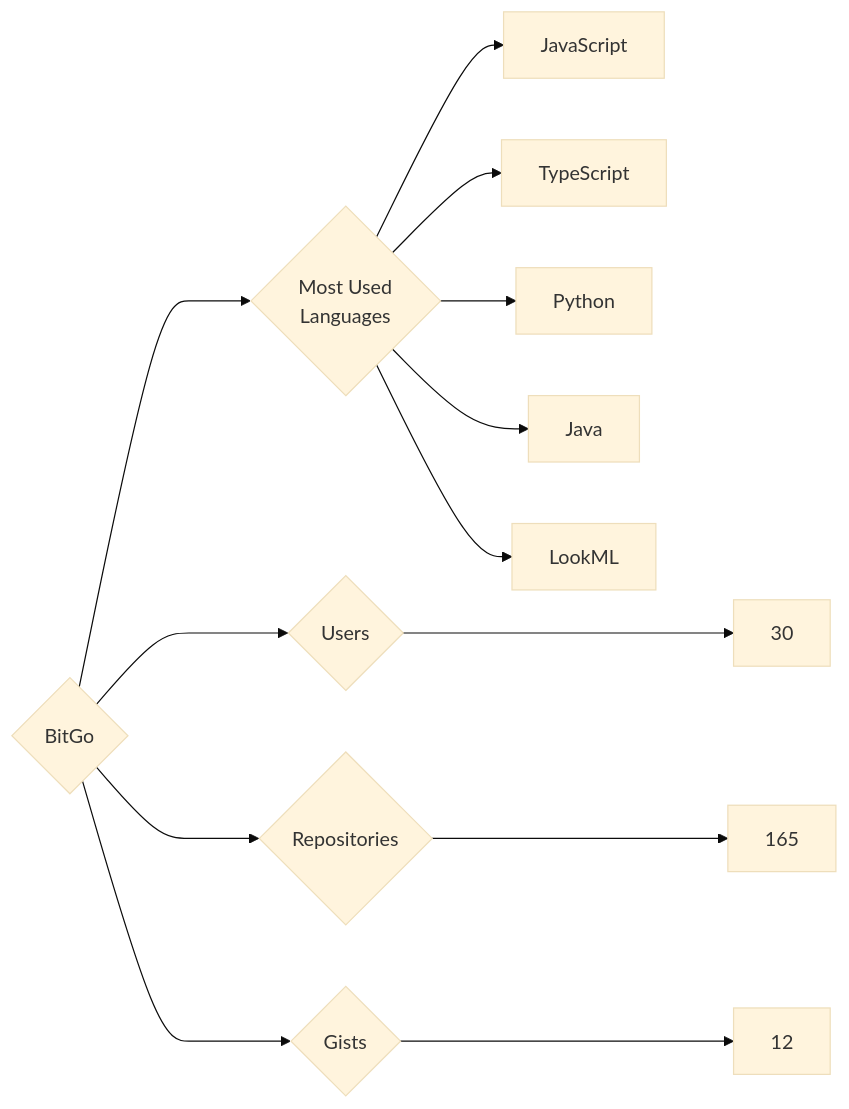
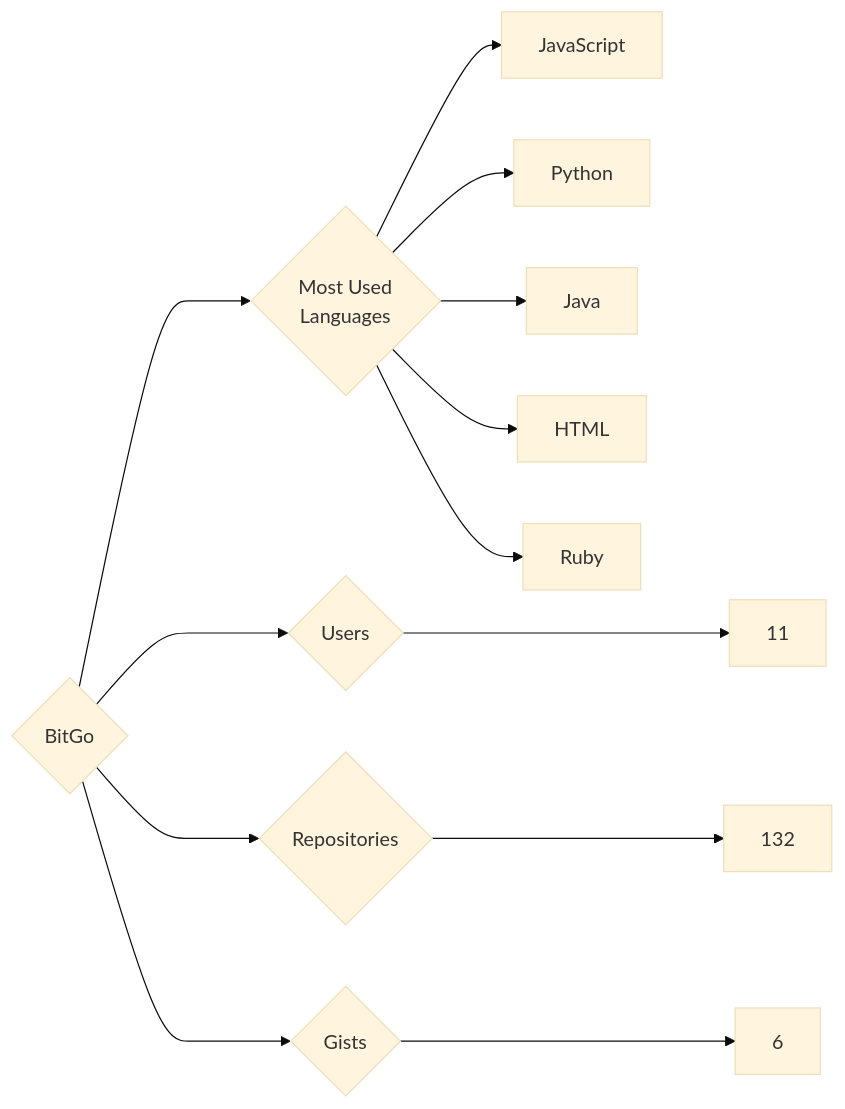
One commit to trickest/insiders changed the diagram in targets/BitGo/README.md. Above: the diagram before and after it, drawn with Mermaid (base theme). The commit also changed 934 other files, not shown here.

````diff
--- a/targets/BitGo/README.md
+++ b/targets/BitGo/README.md
@@ -3,13 +3,13 @@
 ```mermaid
 graph LR
 COMPANY_NAME{BitGo}
-COMPANY_NAME ---> U{Users} ---> UN[30]
-COMPANY_NAME ---> R{Repositories} ---> RN[165]
-COMPANY_NAME ---> G{Gists} ---> GN[12]
+COMPANY_NAME ---> U{Users} ---> UN[11]
+COMPANY_NAME ---> R{Repositories} ---> RN[132]
+COMPANY_NAME ---> G{Gists} ---> GN[6]
 COMPANY_NAME ---> ML{Most Used<br>Languages}
 ML --> JavaScript[JavaScript]
-ML --> TypeScript[TypeScript]
 ML --> Python[Python]
 ML --> Java[Java]
-ML --> LookML[LookML]
+ML --> HTML[HTML]
+ML --> Ruby[Ruby]
 ```
````
